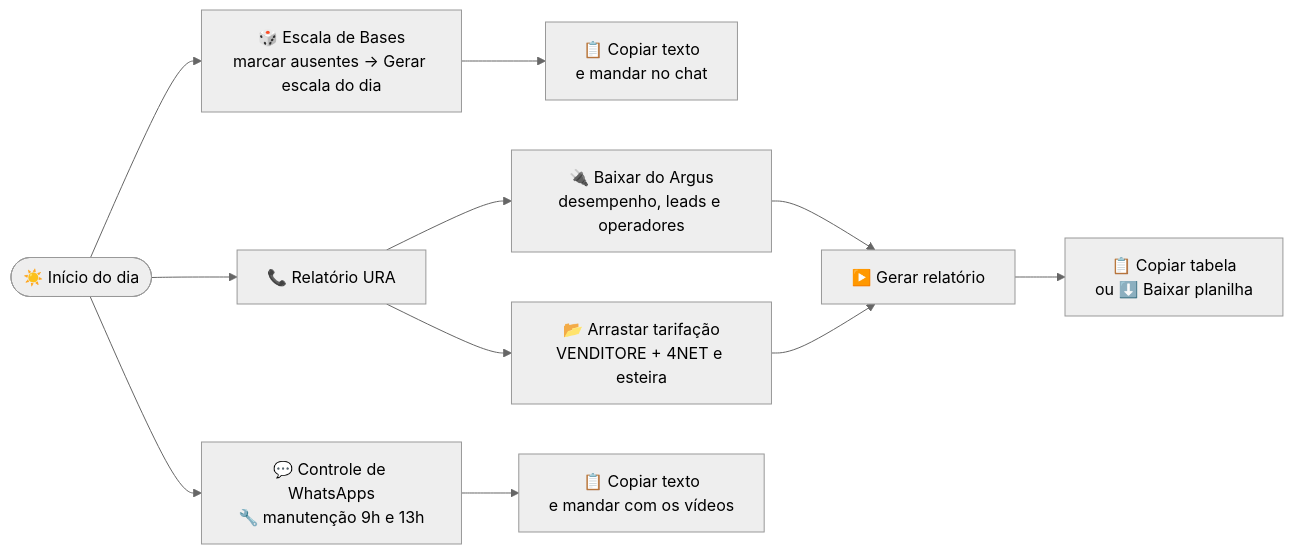
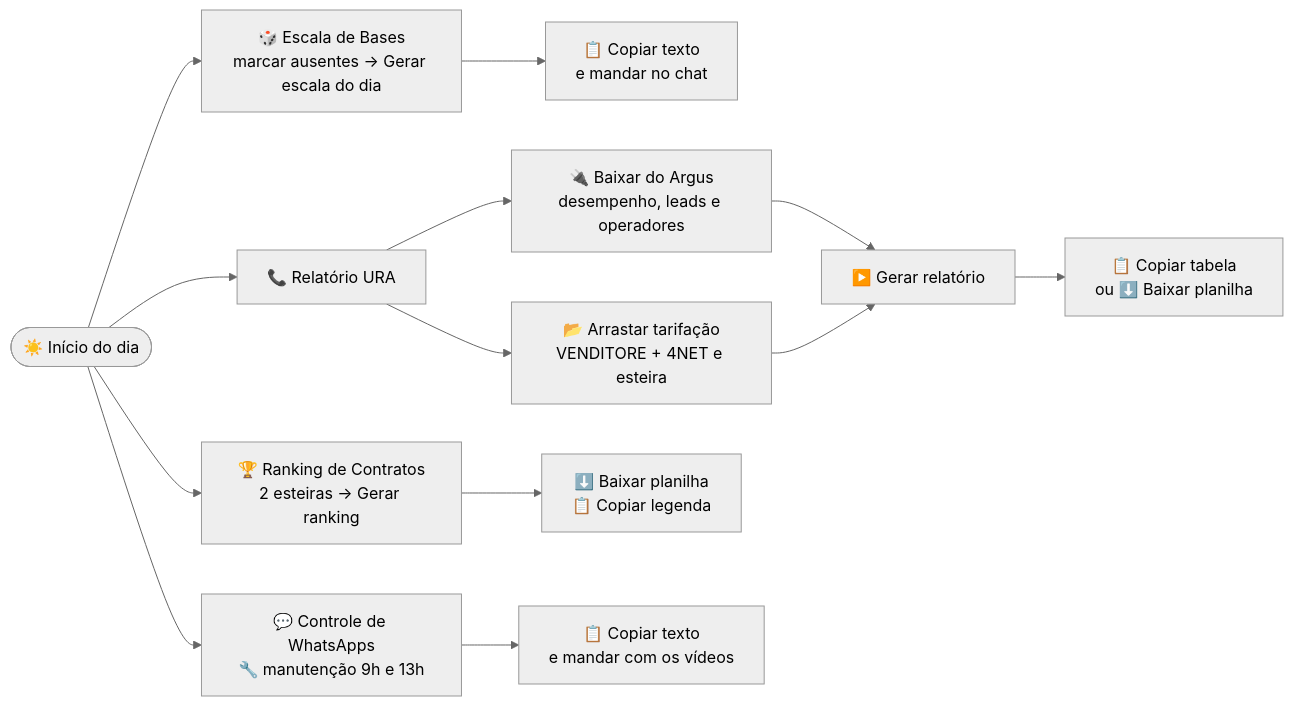
Before and after one commit to ProfetaSaru/BENHERMES: the first of 2 diagrams in README.md, drawn with Mermaid (neutral theme). The commit also changed other lines of this file and 35 other files, not shown here.

First line of the commit message:
feat: Ranking de Contratos Pagos (só Admin) (#16)

````diff
--- a/README.md
+++ b/README.md
@@ -59,13 +61,15 @@
 ```mermaid
 flowchart LR
     A([☀️ Início do dia]) --> B[🎲 Escala de Bases<br/>marcar ausentes → Gerar escala do dia]
     B --> C[📋 Copiar texto<br/>e mandar no chat]
     A --> D[📞 Relatório URA]
     D --> E[🔌 Baixar do Argus<br/>desempenho, leads e operadores]
     D --> F[📂 Arrastar tarifação<br/>VENDITORE + 4NET e esteira]
     E --> G[▶️ Gerar relatório]
     F --> G
     G --> H[📋 Copiar tabela<br/>ou ⬇️ Baixar planilha]
     A --> I[💬 Controle de WhatsApps<br/>🔧 manutenção 9h e 13h]
+    A --> K[🏆 Ranking de Contratos<br/>2 esteiras → Gerar ranking]
+    K --> L[⬇️ Baixar planilha<br/>📋 Copiar legenda]
     I --> J[📋 Copiar texto<br/>e mandar com os vídeos]
 ```
````
